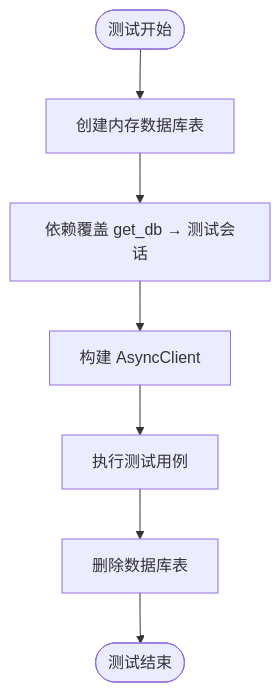
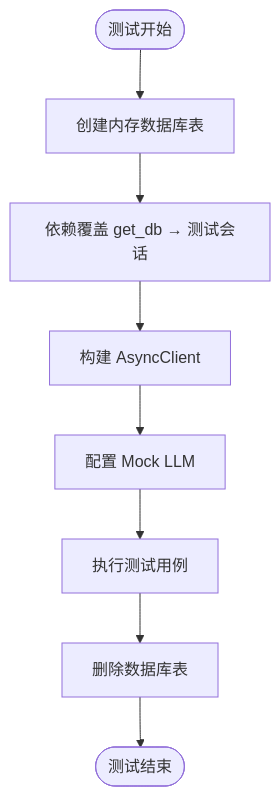
Before and after one commit to sansansansansan2022-web/hotclaw: the third of 9 diagrams in .qoder/repowiki/zh/content/开发指南/测试策略.md, drawn with Mermaid. The commit also changed other lines of this file and 44 other files, not shown here.

````diff
--- a/.qoder/repowiki/zh/content/开发指南/测试策略.md
+++ b/.qoder/repowiki/zh/content/开发指南/测试策略.md
@@ -134,9 +228,10 @@
 ```mermaid
 flowchart TD
 Start(["测试开始"]) --> CreateDB["创建内存数据库表"]
 CreateDB --> OverrideDep["依赖覆盖 get_db → 测试会话"]
 OverrideDep --> BuildClient["构建 AsyncClient"]
-BuildClient --> RunTest["执行测试用例"]
+BuildClient --> SetupMockLLM["配置 Mock LLM"]
+SetupMockLLM --> RunTest["执行测试用例"]
 RunTest --> DropDB["删除数据库表"]
 DropDB --> End(["测试结束"])
 ```
````
